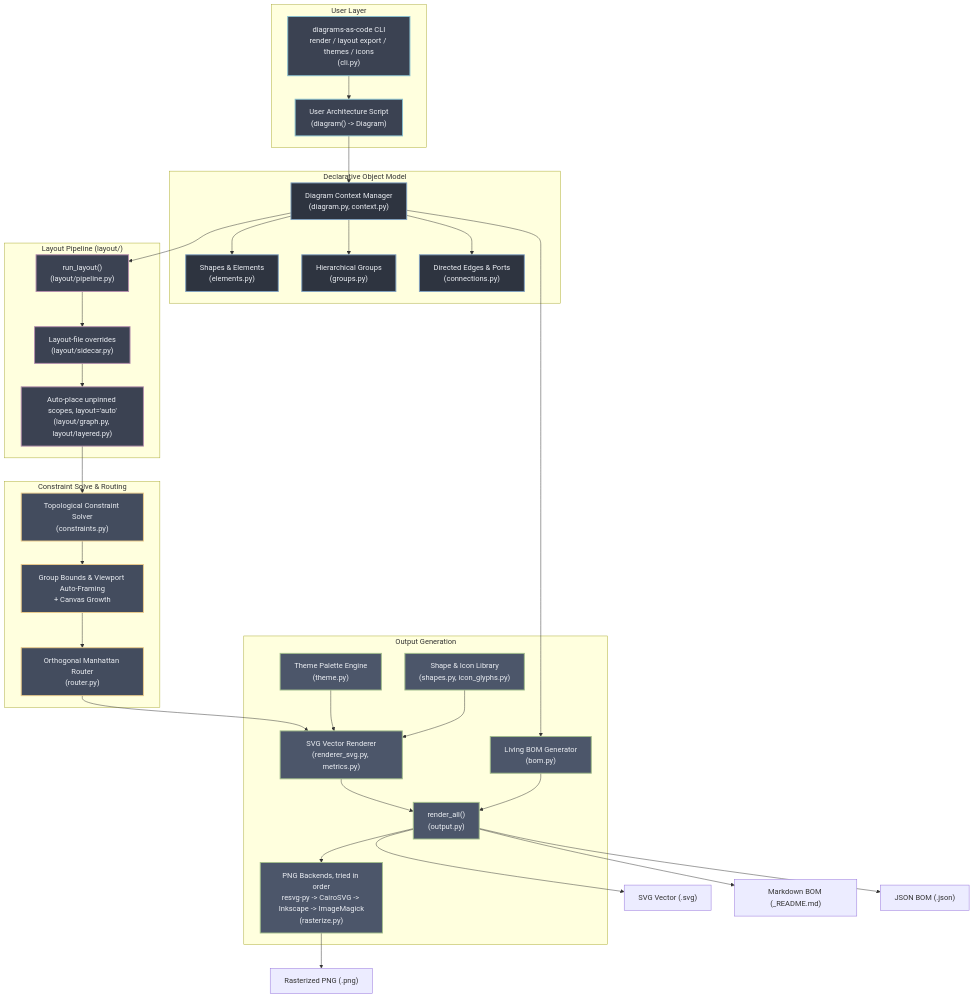
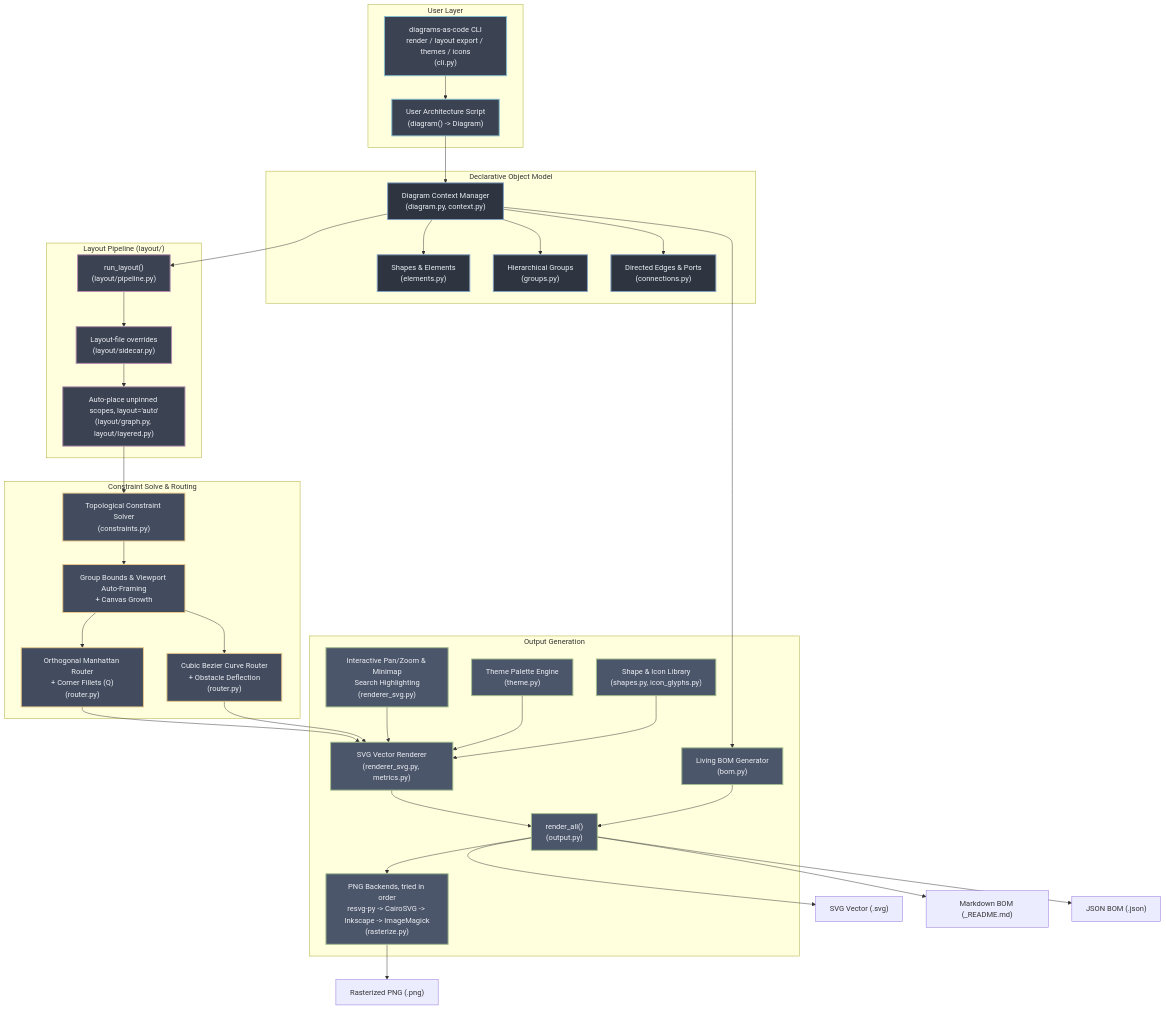
One commit to bsommers/diagrams-as-code changed the diagram in docs/diagrams/architecture.mmd. Above: the diagram before and after it, drawn with Mermaid. The commit also changed 7 other files, not shown here.

```diff
--- a/docs/diagrams/architecture.mmd
+++ b/docs/diagrams/architecture.mmd
@@ -1,65 +1,70 @@
 flowchart TD
     classDef client fill:#3B4252,stroke:#88C0D0,stroke-width:2px,color:#ECEFF4
     classDef core fill:#2E3440,stroke:#81A1C1,stroke-width:2px,color:#ECEFF4
     classDef layout fill:#3B4252,stroke:#B48EAD,stroke-width:2px,color:#ECEFF4
     classDef solver fill:#434C5E,stroke:#EBCB8B,stroke-width:2px,color:#ECEFF4
     classDef output fill:#4C566A,stroke:#A3BE8C,stroke-width:2px,color:#ECEFF4
 
     subgraph UserSpace["User Layer"]
         Script["User Architecture Script<br/>(diagram() -> Diagram)"]:::client
         CLI["diagrams-as-code CLI<br/>render / layout export / themes / icons<br/>(cli.py)"]:::client
     end
 
     subgraph DOM["Declarative Object Model"]
         Diagram["Diagram Context Manager<br/>(diagram.py, context.py)"]:::core
         Elements["Shapes & Elements<br/>(elements.py)"]:::core
         Groups["Hierarchical Groups<br/>(groups.py)"]:::core
         Edges["Directed Edges & Ports<br/>(connections.py)"]:::core
     end
 
     subgraph LayoutEngine["Layout Pipeline (layout/)"]
         Sidecar["Layout-file overrides<br/>(layout/sidecar.py)"]:::layout
         AutoPlace["Auto-place unpinned scopes, layout='auto'<br/>(layout/graph.py, layout/layered.py)"]:::layout
         Pipeline["run_layout()<br/>(layout/pipeline.py)"]:::layout
     end
 
     subgraph SolverEngine["Constraint Solve & Routing"]
         Solver["Topological Constraint Solver<br/>(constraints.py)"]:::solver
         AutoFrame["Group Bounds & Viewport Auto-Framing<br/>+ Canvas Growth"]:::solver
-        Router["Orthogonal Manhattan Router<br/>(router.py)"]:::solver
+        Router["Orthogonal Manhattan Router<br/>+ Corner Fillets (Q)<br/>(router.py)"]:::solver
+        CurveRouter["Cubic Bezier Curve Router<br/>+ Obstacle Deflection<br/>(router.py)"]:::solver
     end
 
     subgraph RenderEngine["Output Generation"]
         SVGRenderer["SVG Vector Renderer<br/>(renderer_svg.py, metrics.py)"]:::output
+        InteractiveHUD["Interactive Pan/Zoom & Minimap<br/>Search Highlighting<br/>(renderer_svg.py)"]:::output
         ThemeEngine["Theme Palette Engine<br/>(theme.py)"]:::output
         ShapeLib["Shape & Icon Library<br/>(shapes.py, icon_glyphs.py)"]:::output
         BOM["Living BOM Generator<br/>(bom.py)"]:::output
         Rasterize["PNG Backends, tried in order<br/>resvg-py -> CairoSVG -> Inkscape -> ImageMagick<br/>(rasterize.py)"]:::output
         Output["render_all()<br/>(output.py)"]:::output
     end
 
     Script --> Diagram
     CLI --> Script
     Diagram --> Elements
     Diagram --> Groups
     Diagram --> Edges
 
     Diagram --> Pipeline
     Pipeline --> Sidecar
     Sidecar --> AutoPlace
     AutoPlace --> Solver
     Solver --> AutoFrame
     AutoFrame --> Router
+    AutoFrame --> CurveRouter
 
     Router --> SVGRenderer
+    CurveRouter --> SVGRenderer
+    InteractiveHUD --> SVGRenderer
     ThemeEngine --> SVGRenderer
     ShapeLib --> SVGRenderer
     Diagram --> BOM
 
     SVGRenderer --> Output
     BOM --> Output
     Output --> SVGFile["SVG Vector (.svg)"]
     Output --> Rasterize
     Rasterize --> PNGFile["Rasterized PNG (.png)"]
     Output --> MDFile["Markdown BOM (_README.md)"]
     Output --> JSONFile["JSON BOM (.json)"]
```
